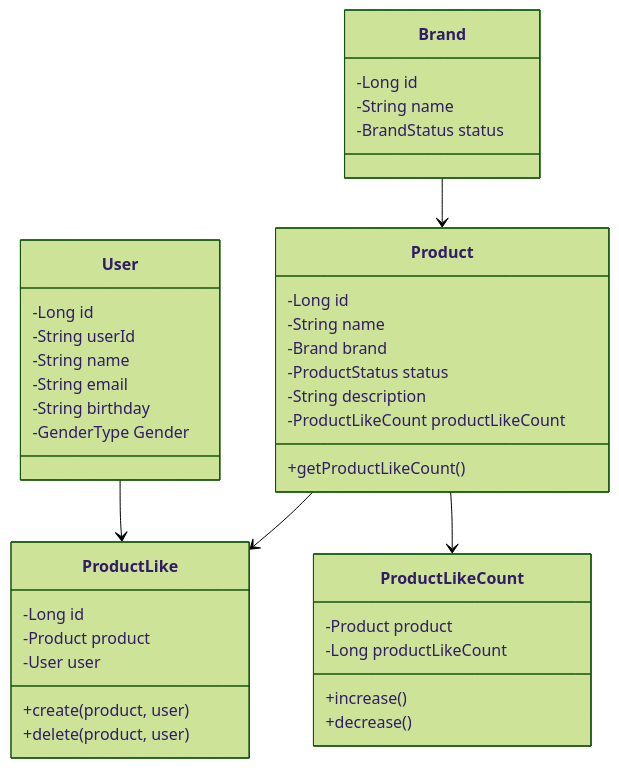
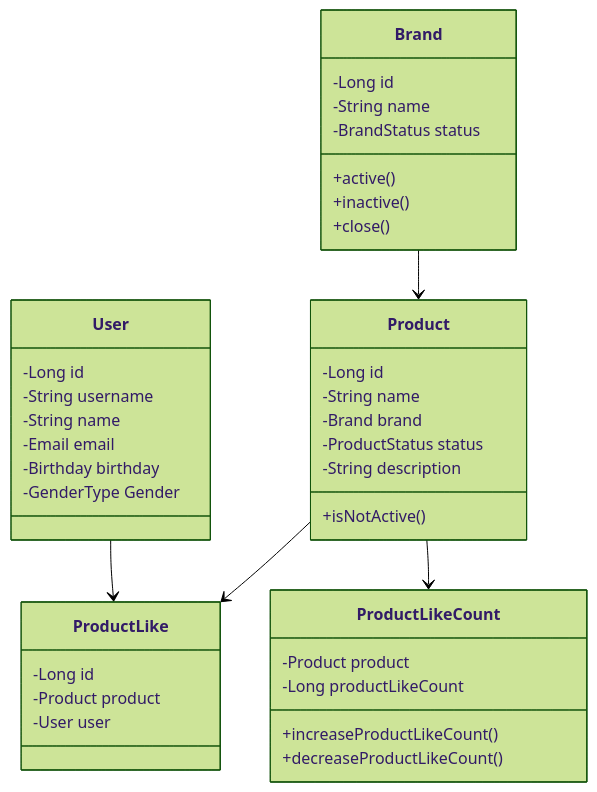
One commit to kiekk/gamsung-commerce changed the first of 3 diagrams in docs/design/03-class-diagrams.md. Above: the diagram before and after it, drawn with Mermaid (forest theme). The commit also changed other lines of this file, not shown here.

First line of the commit message:
docs: 클래스 다이어그램 객체별 역할(메서드) 추가

````diff
--- a/docs/design/03-class-diagrams.md
+++ b/docs/design/03-class-diagrams.md
@@ -10,42 +10,42 @@
 ```mermaid
 classDiagram
     class User {
         -Long id
-        -String userId
+        -String username
         -String name
-        -String email
-        -String birthday
+        -Email email
+        -Birthday birthday
         -GenderType Gender
     }
     class Brand {
         -Long id
         -String name
         -BrandStatus status
+        +active()
+        +inactive()
+        +close()
     }
     class Product {
         -Long id
         -String name
         -Brand brand
         -ProductStatus status
         -String description
-        -ProductLikeCount productLikeCount
-        +getProductLikeCount()
+        +isNotActive()
     }
     class ProductLike {
         -Long id
         -Product product
         -User user
-        +create(product, user)
-        +delete(product, user)
     }
     class ProductLikeCount {
         -Product product
         -Long productLikeCount
-        +increase()
-        +decrease()
+        +increaseProductLikeCount()
+        +decreaseProductLikeCount()
     }
     Brand --> Product
     User --> ProductLike
     Product --> ProductLike
     Product --> ProductLikeCount 
 ```
````
